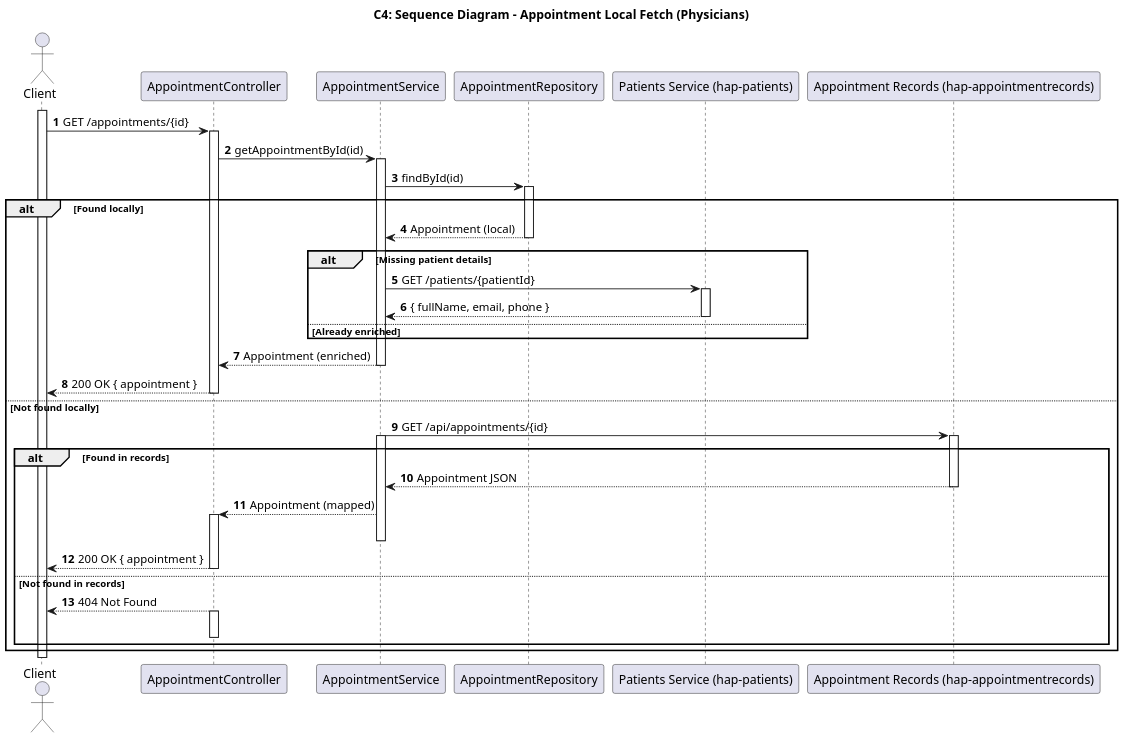
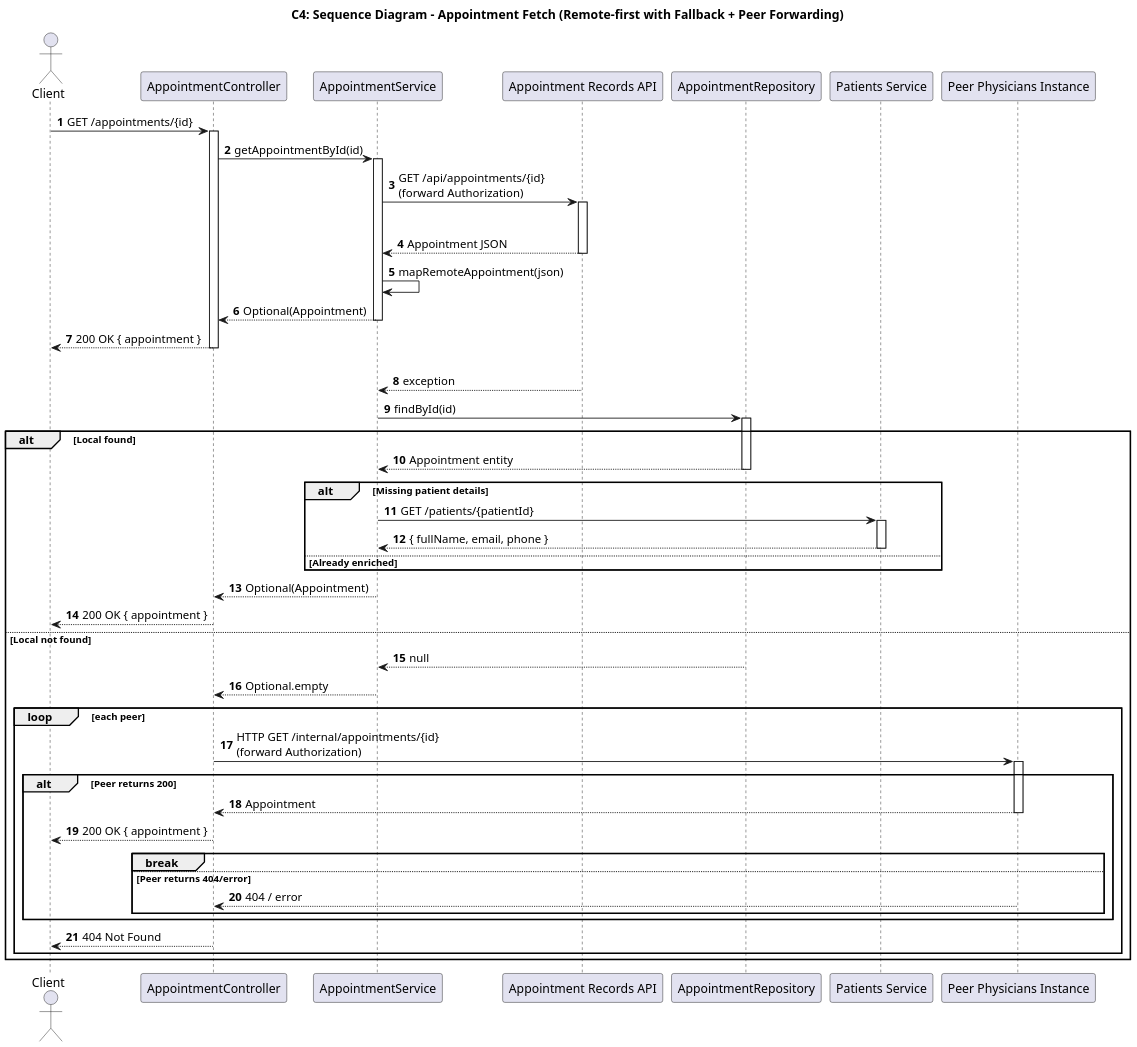
The diagram in DOCS/C4+1/C4+1-AppointmentLocalFetch-Sequence.puml (pedrods05/LETI_SIDIS_3DA_6), drawn with PlantUML before and after one commit. The commit also changed 8 other files, not shown here.

Commit message:
diagramas

```diff
--- a/DOCS/C4+1/C4+1-AppointmentLocalFetch-Sequence.puml
+++ b/DOCS/C4+1/C4+1-AppointmentLocalFetch-Sequence.puml
@@ -1,62 +1,78 @@
 @startuml
-' C4+1 — Appointment local fetch SD (layered)
+' C4+1 — Appointment fetch SD (alinhado com implementação atual)
 skinparam dpi 150
 skinparam shadowing false
 skinparam DefaultFontName Arial
 
-title C4: Sequence Diagram - Appointment Local Fetch (Physicians)
+title C4: Sequence Diagram - Appointment Fetch (Remote-first with Fallback + Peer Forwarding)
 
 actor Client
 participant "AppointmentController" as Controller
 participant "AppointmentService" as Service
+participant "Appointment Records API" as Records
 participant "AppointmentRepository" as Repo
-participant "Patients Service (hap-patients)" as Patients
-participant "Appointment Records (hap-appointmentrecords)" as Records
+participant "Patients Service" as Patients
+participant "Peer Physicians Instance" as Peer
 
-activate Client
 autonumber
 Client -> Controller : GET /appointments/{id}
 activate Controller
 Controller -> Service : getAppointmentById(id)
 activate Service
-Service -> Repo : findById(id)
-activate Repo
-alt Found locally
-  Repo --> Service : Appointment (local)
-  deactivate Repo
-  alt Missing patient details
-    Service -> Patients : GET /patients/{patientId}
-    activate Patients
-    Patients --> Service : { fullName, email, phone }
-    deactivate Patients
-  else Already enriched
-  end
-  Service --> Controller : Appointment (enriched)
+' Remote-first attempt
+Service -> Records : GET /api/appointments/{id}\n(forward Authorization)
+activate Records
+alt Remote found
+  Records --> Service : Appointment JSON
+  deactivate Records
+  Service -> Service : mapRemoteAppointment(json)
+  Service --> Controller : Optional(Appointment)
   deactivate Service
   Controller --> Client : 200 OK { appointment }
   deactivate Controller
-else Not found locally
-  ' no explicit null return from Repo
-  deactivate Repo
-  Service -> Records : GET /api/appointments/{id}
-  activate Service
-  activate Records
-  alt Found in records
-    Records --> Service : Appointment JSON
-    deactivate Records
-    Service --> Controller : Appointment (mapped)
-    activate Controller
+else Remote not found / error
+  Records --> Service : exception
+  deactivate Records
+  ' Fallback local
+  Service -> Repo : findById(id)
+  activate Repo
+  alt Local found
+    Repo --> Service : Appointment entity
+    deactivate Repo
+    alt Missing patient details
+      Service -> Patients : GET /patients/{patientId}
+      activate Patients
+      Patients --> Service : { fullName, email, phone }
+      deactivate Patients
+    else Already enriched
+    end
+    Service --> Controller : Optional(Appointment)
     deactivate Service
     Controller --> Client : 200 OK { appointment }
     deactivate Controller
-  else Not found in records
-    ' close records and service without explicit NotFound arrows
-    deactivate Records
+  else Local not found
+    Repo --> Service : null
+    deactivate Repo
+    Service --> Controller : Optional.empty
     deactivate Service
+    ' Peer forwarding from controller
+    loop each peer
+      Controller -> Peer : HTTP GET /internal/appointments/{id}\n(forward Authorization)
+      activate Peer
+      alt Peer returns 200
+        Peer --> Controller : Appointment
+        deactivate Peer
+        Controller --> Client : 200 OK { appointment }
+        deactivate Controller
+        break
+      else Peer returns 404/error
+        Peer --> Controller : 404 / error
+        deactivate Peer
+      end
+    end
     Controller --> Client : 404 Not Found
-    activate Controller
     deactivate Controller
   end
 end
 
 @enduml
```
